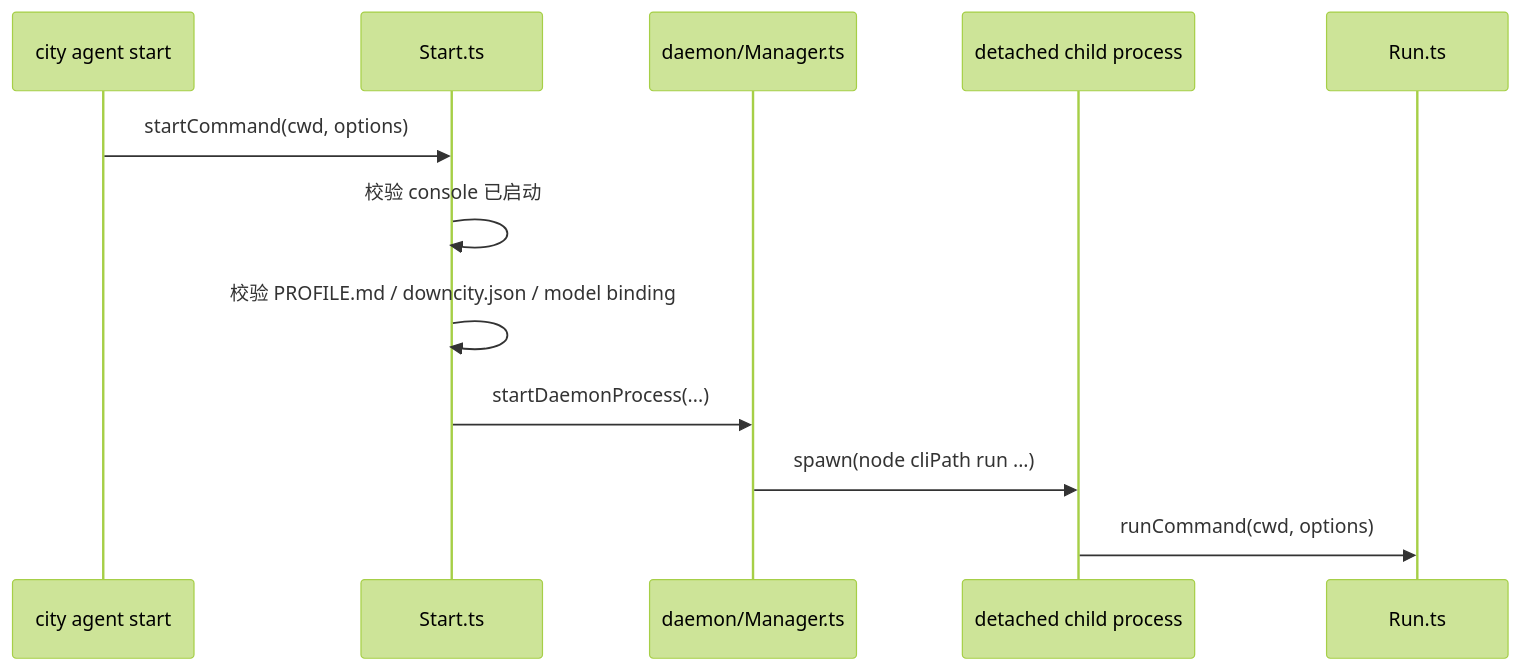
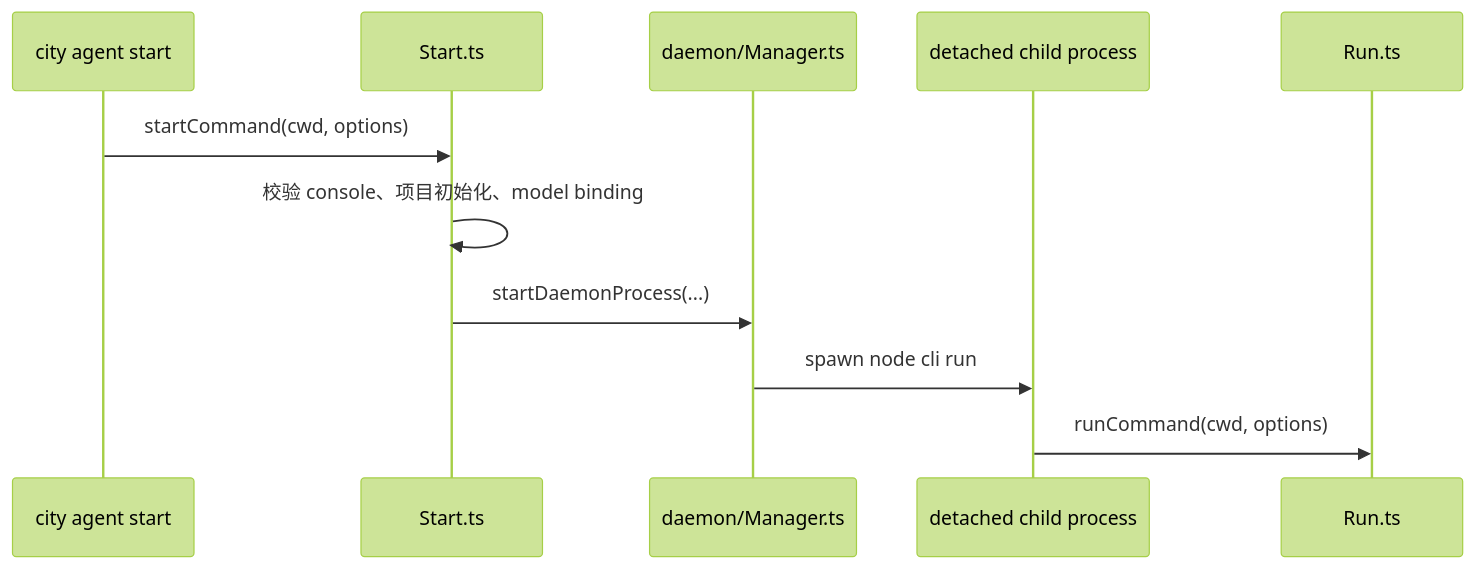
Before and after one commit to wangenius/downcity: the first of 7 diagrams in devdocs/startup-and-api-flow.md, drawn with Mermaid (forest theme). The commit also changed other lines of this file and 96 other files, not shown here.

````diff
--- a/devdocs/startup-and-api-flow.md
+++ b/devdocs/startup-and-api-flow.md
@@ -36,15 +38,14 @@
 ```mermaid
 sequenceDiagram
   participant CLI as city agent start
-  participant Start as Start.ts
-  participant Daemon as daemon/Manager.ts
-  participant Child as detached child process
-  participant Run as Run.ts
+  participant START as Start.ts
+  participant DAEMON as daemon/Manager.ts
+  participant CHILD as detached child process
+  participant RUN as Run.ts
 
-  CLI->>Start: startCommand(cwd, options)
-  Start->>Start: 校验 console 已启动
-  Start->>Start: 校验 PROFILE.md / downcity.json / model binding
-  Start->>Daemon: startDaemonProcess(...)
-  Daemon->>Child: spawn(node cliPath run ...)
-  Child->>Run: runCommand(cwd, options)
+  CLI->>START: startCommand(cwd, options)
+  START->>START: 校验 console、项目初始化、model binding
+  START->>DAEMON: startDaemonProcess(...)
+  DAEMON->>CHILD: spawn node cli run
+  CHILD->>RUN: runCommand(cwd, options)
 ```
````
